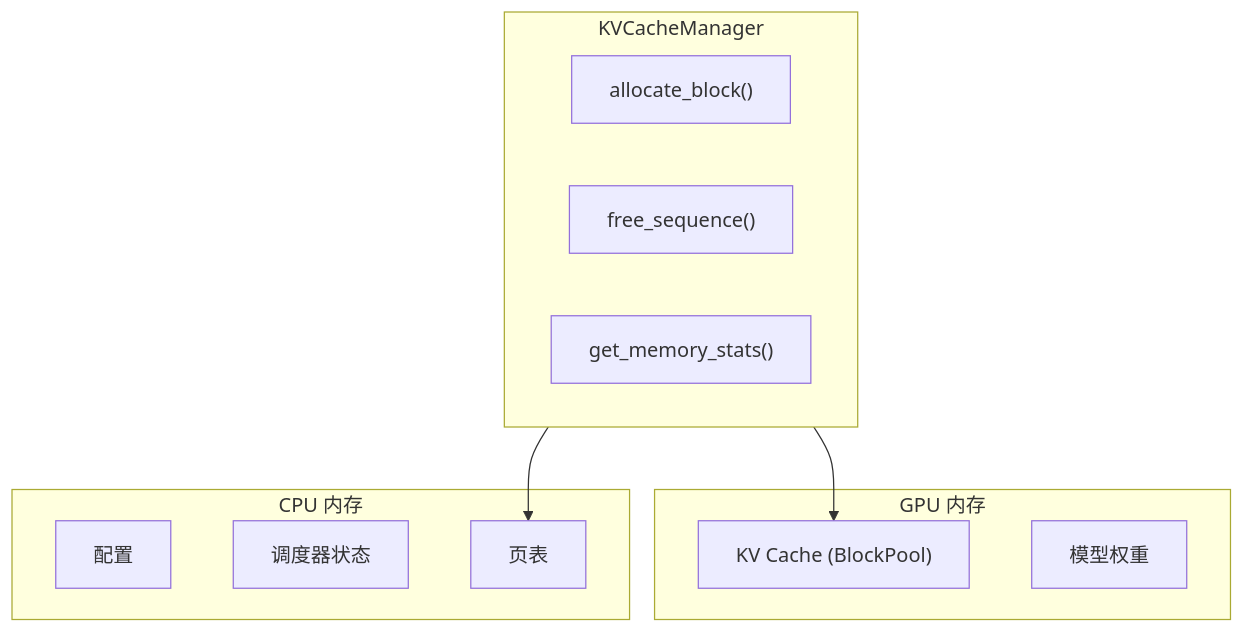
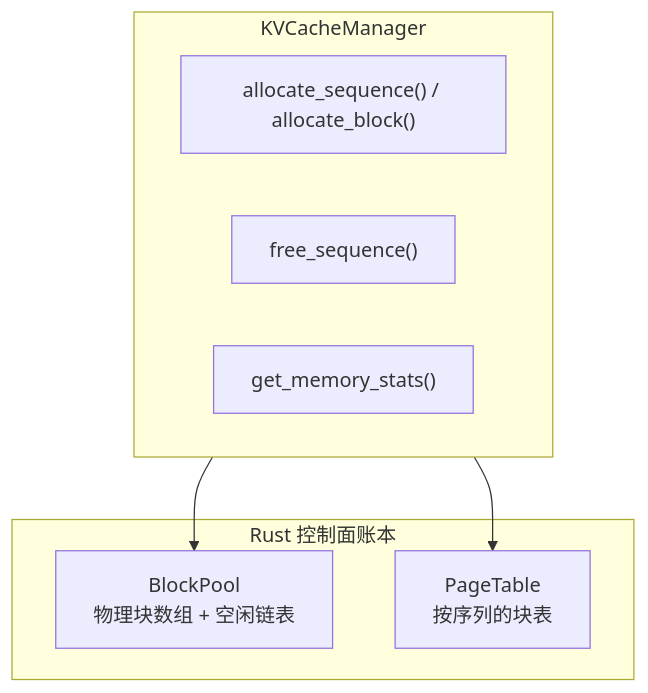
Before and after one commit to AICL-Lab/hetero-paged-infer: the diagram in docs/zh/architecture/memory-management.md, drawn with Mermaid. The commit also changed other lines of this file and 42 other files, not shown here.

````diff
--- a/docs/zh/architecture/memory-management.md
+++ b/docs/zh/architecture/memory-management.md
@@ -7,22 +7,16 @@
 ```mermaid
 flowchart TB
-    subgraph GPU["GPU 内存"]
-        KV["KV Cache (BlockPool)"]
-        Model["模型权重"]
+    subgraph Ledger["Rust 控制面账本"]
+        Pool["BlockPool<br/>物理块数组 + 空闲链表"]
+        PageTables["PageTable<br/>按序列的块表"]
     end
-    
-    subgraph CPU["CPU 内存"]
-        Config["配置"]
-        Scheduler["调度器状态"]
-        PageTables["页表"]
-    end
-    
+
     subgraph Manager["KVCacheManager"]
-        Allocate["allocate_block()"]
+        Allocate["allocate_sequence() / allocate_block()"]
         Free["free_sequence()"]
         Stats["get_memory_stats()"]
     end
-    
-    Manager --> KV
+
+    Manager --> Pool
     Manager --> PageTables
 ```
````
